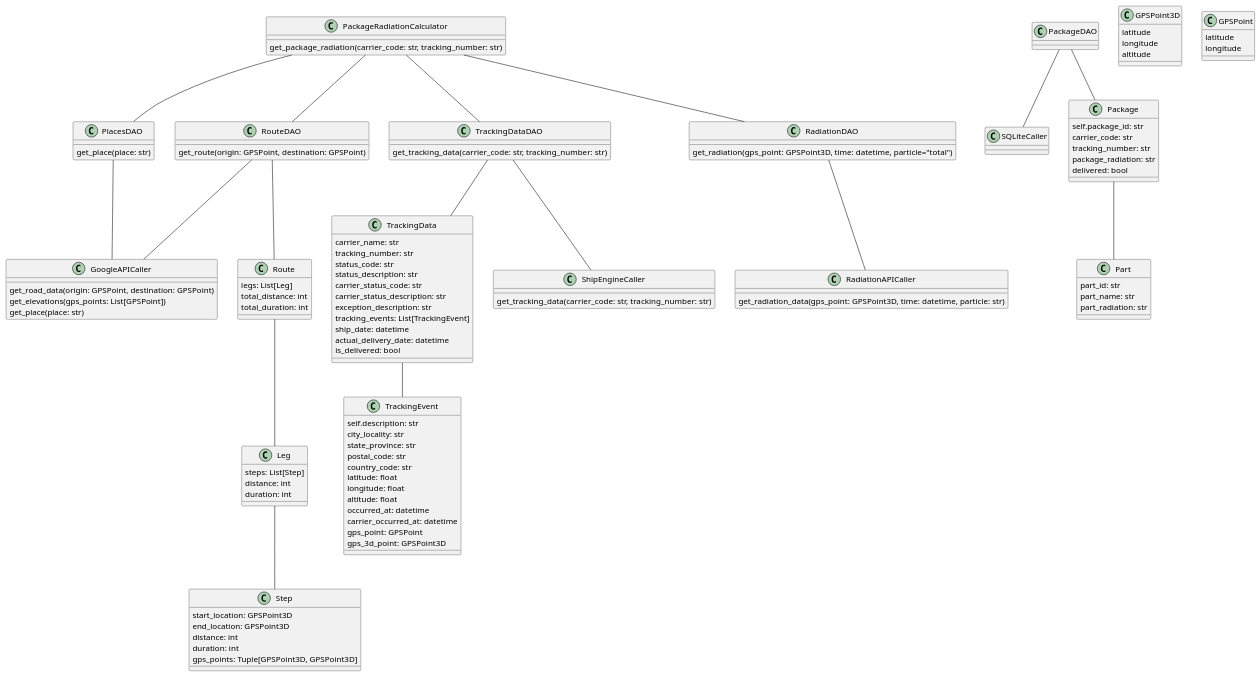
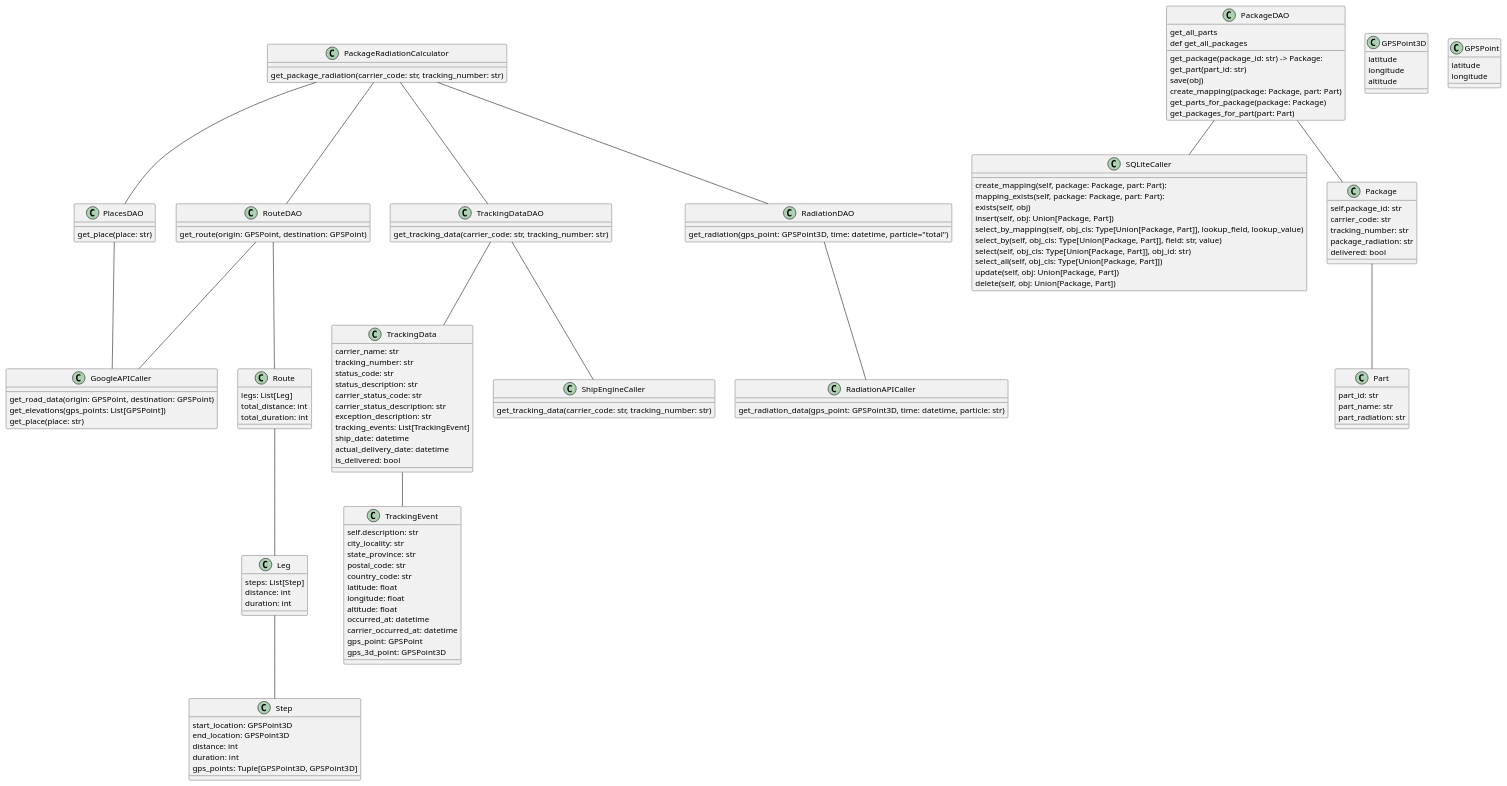
Before and after one commit to hunterthe100/RadiationTrackingSD: the diagram in documentation/class_diagram.puml, drawn with PlantUML.

Commit message:
Update class diagram

```diff
--- a/documentation/class_diagram.puml
+++ b/documentation/class_diagram.puml
@@ -1,137 +1,153 @@
 @startuml
 
 class PackageRadiationCalculator {
     get_package_radiation(carrier_code: str, tracking_number: str)
 }
 
 class RouteDAO {
    get_route(origin: GPSPoint, destination: GPSPoint)
 }
 
 class PlacesDAO {
     get_place(place: str)
 }
 
 class GoogleAPICaller {
     get_road_data(origin: GPSPoint, destination: GPSPoint)
     get_elevations(gps_points: List[GPSPoint])
     get_place(place: str)
 }
 
 class Route {
     legs: List[Leg]
     total_distance: int
     total_duration: int
 }
 
 class Leg {
     steps: List[Step]
     distance: int
     duration: int
 }
 
 class Step {
     start_location: GPSPoint3D
     end_location: GPSPoint3D
     distance: int
     duration: int
     gps_points: Tuple[GPSPoint3D, GPSPoint3D]
 }
 
 class TrackingDataDAO {
     get_tracking_data(carrier_code: str, tracking_number: str)
 }
 
 class TrackingData {
     carrier_name: str
     tracking_number: str
     status_code: str
     status_description: str
     carrier_status_code: str
     carrier_status_description: str
     exception_description: str
     tracking_events: List[TrackingEvent]
     ship_date: datetime
     actual_delivery_date: datetime
     is_delivered: bool
 }
 
 class TrackingEvent {
     self.description: str
     city_locality: str
     state_province: str
     postal_code: str
     country_code: str
     latitude: float
     longitude: float
     altitude: float
     occurred_at: datetime
     carrier_occurred_at: datetime
     gps_point: GPSPoint
     gps_3d_point: GPSPoint3D
 }
 
 class ShipEngineCaller {
     get_tracking_data(carrier_code: str, tracking_number: str)
 }
 
 class RadiationDAO {
     get_radiation(gps_point: GPSPoint3D, time: datetime, particle="total")
 }
 
 class RadiationAPICaller {
     get_radiation_data(gps_point: GPSPoint3D, time: datetime, particle: str)
 }
 
 class PackageDAO {
-
+    get_package(package_id: str) -> Package:
+    get_part(part_id: str)
+    save(obj)
+    create_mapping(package: Package, part: Part)
+    get_parts_for_package(package: Package)
+    get_packages_for_part(part: Part)
+    get_all_parts
+    def get_all_packages
 }
 
 class SQLiteCaller {
-
+    create_mapping(self, package: Package, part: Part):
+    mapping_exists(self, package: Package, part: Part):
+    exists(self, obj)
+    insert(self, obj: Union[Package, Part])
+    select_by_mapping(self, obj_cls: Type[Union[Package, Part]], lookup_field, lookup_value)
+    select_by(self, obj_cls: Type[Union[Package, Part]], field: str, value)
+    select(self, obj_cls: Type[Union[Package, Part]], obj_id: str)
+    select_all(self, obj_cls: Type[Union[Package, Part]])
+    update(self, obj: Union[Package, Part])
+    delete(self, obj: Union[Package, Part])
 }
 
 class Package {
     self.package_id: str
     carrier_code: str
     tracking_number: str
     package_radiation: str
     delivered: bool
 }
 
 class Part {
     part_id: str
     part_name: str
     part_radiation: str
 }
 
 class GPSPoint3D {
     latitude
     longitude
     altitude
 }
 
 class GPSPoint {
     latitude
     longitude
 }
 
 PackageRadiationCalculator -down- RouteDAO
 RouteDAO -down- GoogleAPICaller
 RouteDAO -down- Route
 Route -down- Leg
 Leg -down- Step
 PackageRadiationCalculator -down- PlacesDAO
 PlacesDAO -down- GoogleAPICaller
 PackageRadiationCalculator -down- TrackingDataDAO
 TrackingDataDAO -down- ShipEngineCaller
 TrackingDataDAO -down- TrackingData
 TrackingData -down- TrackingEvent
 PackageRadiationCalculator -down- RadiationDAO
 RadiationDAO -down- RadiationAPICaller
 PackageDAO -down- SQLiteCaller
 PackageDAO -down- Package
 Package -down- Part
 
 
 @enduml
```
